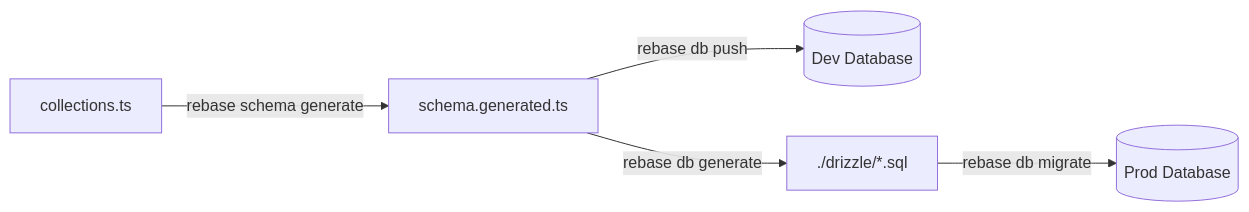
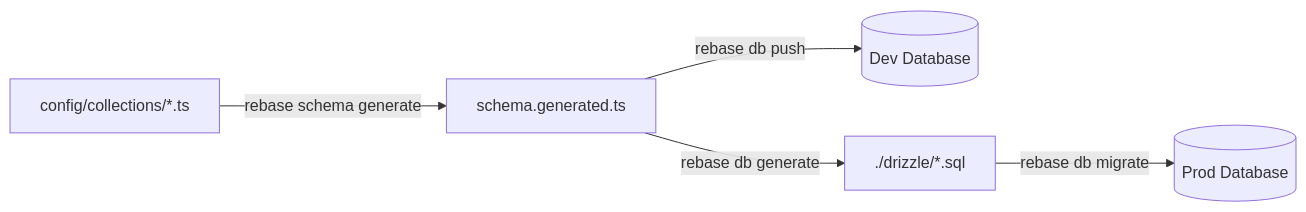
The diagram in .agent/workflows/schema-migration.md (rebasepro/rebase), drawn with Mermaid before and after one commit. The commit also changed other lines of this file and 34 other files, not shown here.

````diff
--- a/.agent/workflows/schema-migration.md
+++ b/.agent/workflows/schema-migration.md
@@ -16,7 +16,7 @@
 ```mermaid
 graph LR
-    A[collections.ts] -->|rebase schema generate| B[schema.generated.ts]
+    A[config/collections/*.ts] -->|rebase schema generate| B[schema.generated.ts]
     B -->|rebase db push| C[(Dev Database)]
     B -->|rebase db generate| D[./drizzle/*.sql]
     D -->|rebase db migrate| E[(Prod Database)]
 ```
````
